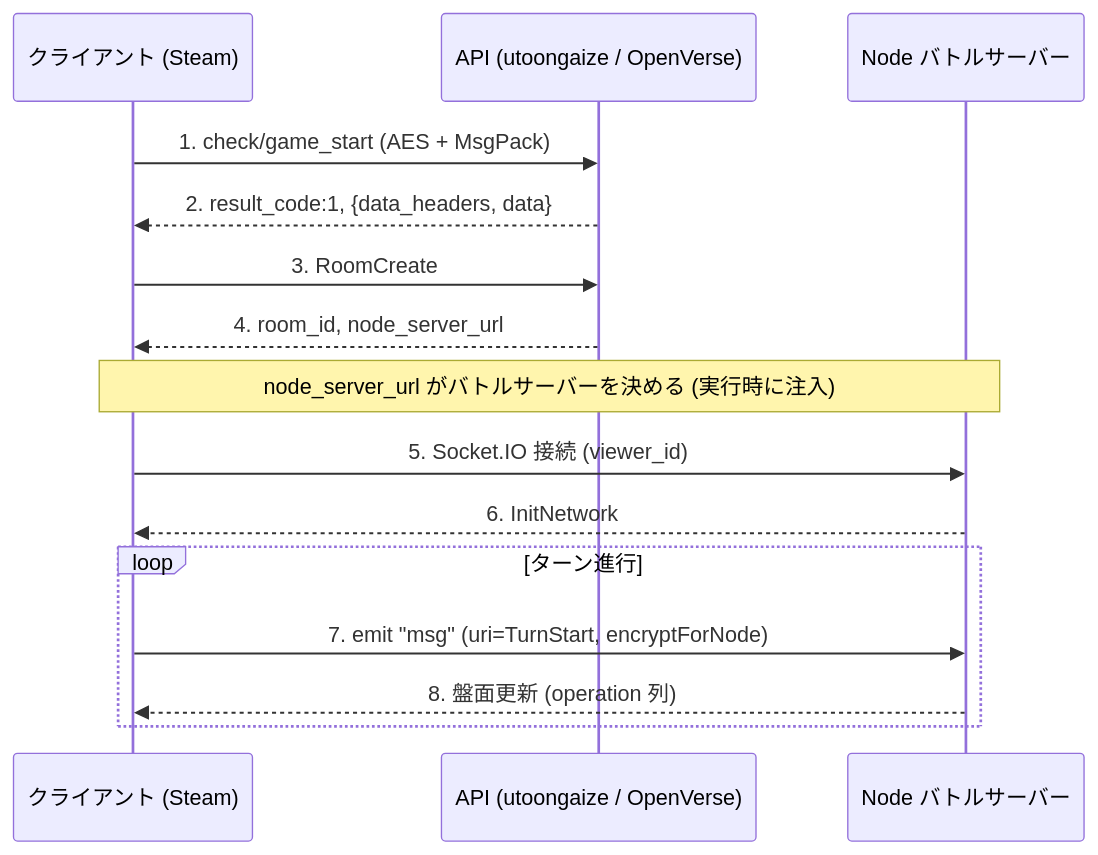
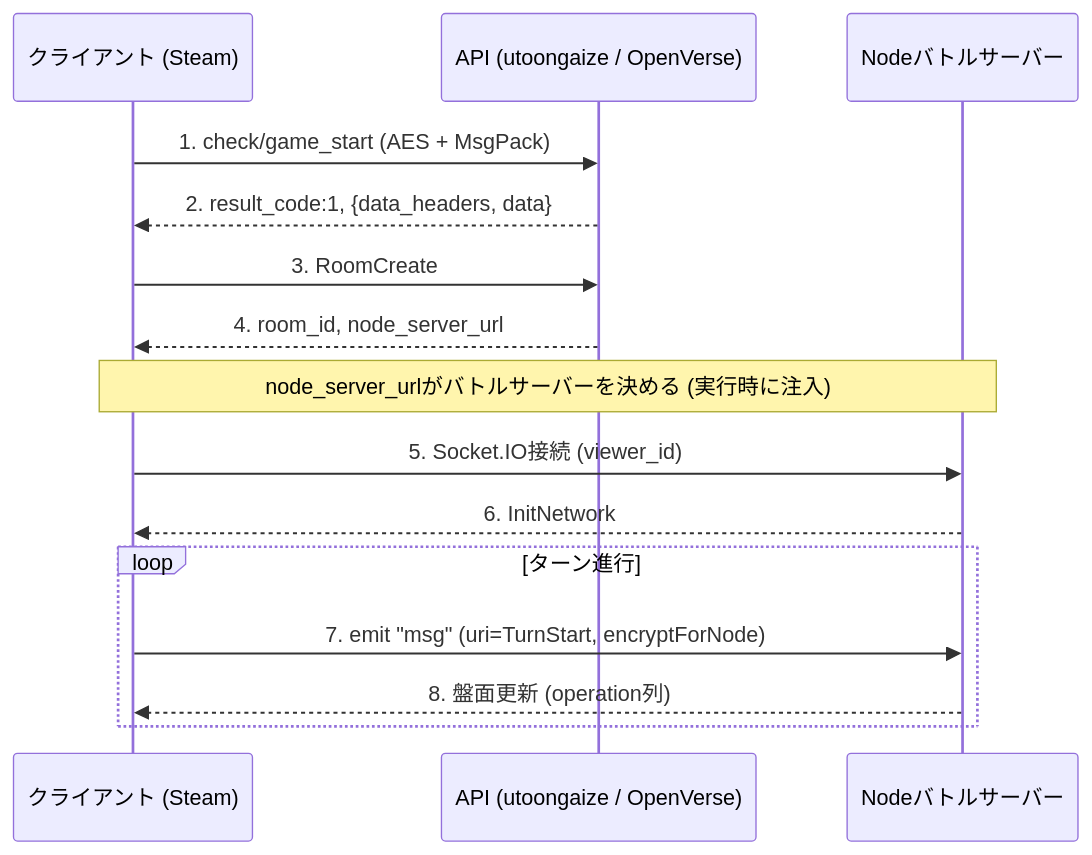
Before and after one commit to Atamol/OpenVerse: the diagram in docs/protocol.md, drawn with Mermaid. The commit also changed other lines of this file and 1 other file, not shown here.

````diff
--- a/docs/protocol.md
+++ b/docs/protocol.md
@@ -197,17 +211,17 @@
 ```mermaid
 sequenceDiagram
     participant C as クライアント (Steam)
     participant A as API (utoongaize / OpenVerse)
-    participant N as Node バトルサーバー
+    participant N as Nodeバトルサーバー
     C->>A: 1. check/game_start (AES + MsgPack)
     A-->>C: 2. result_code:1, {data_headers, data}
     C->>A: 3. RoomCreate
     A-->>C: 4. room_id, node_server_url
-    Note over C,N: node_server_url がバトルサーバーを決める (実行時に注入)
-    C->>N: 5. Socket.IO 接続 (viewer_id)
+    Note over C,N: node_server_urlがバトルサーバーを決める (実行時に注入)
+    C->>N: 5. Socket.IO接続 (viewer_id)
     N-->>C: 6. InitNetwork
     loop ターン進行
         C->>N: 7. emit "msg" (uri=TurnStart, encryptForNode)
-        N-->>C: 8. 盤面更新 (operation 列)
+        N-->>C: 8. 盤面更新 (operation列)
     end
 ```
````
